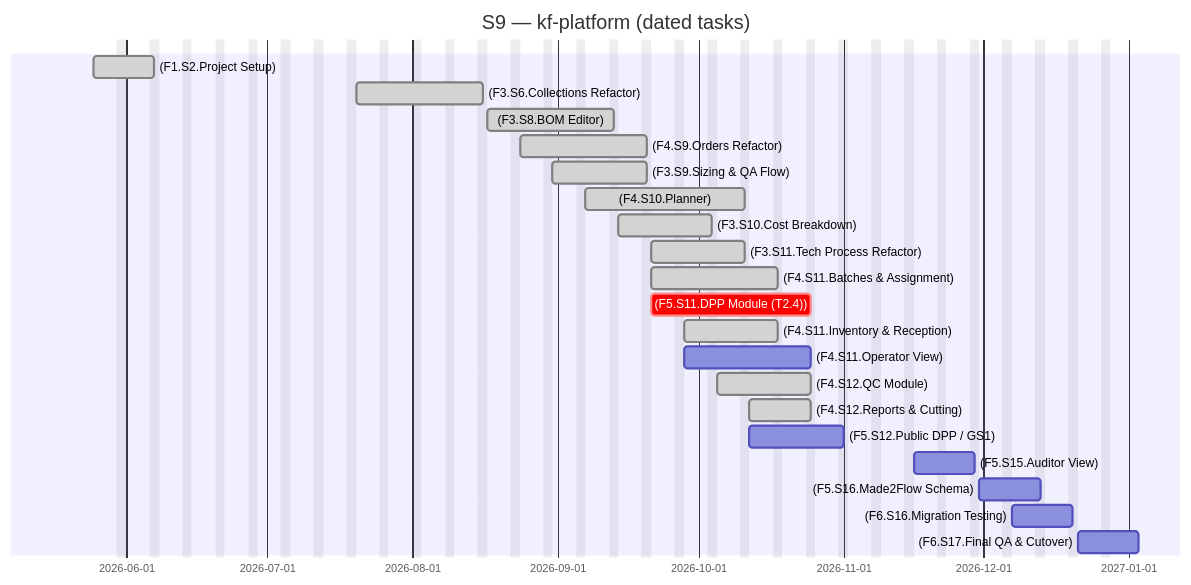
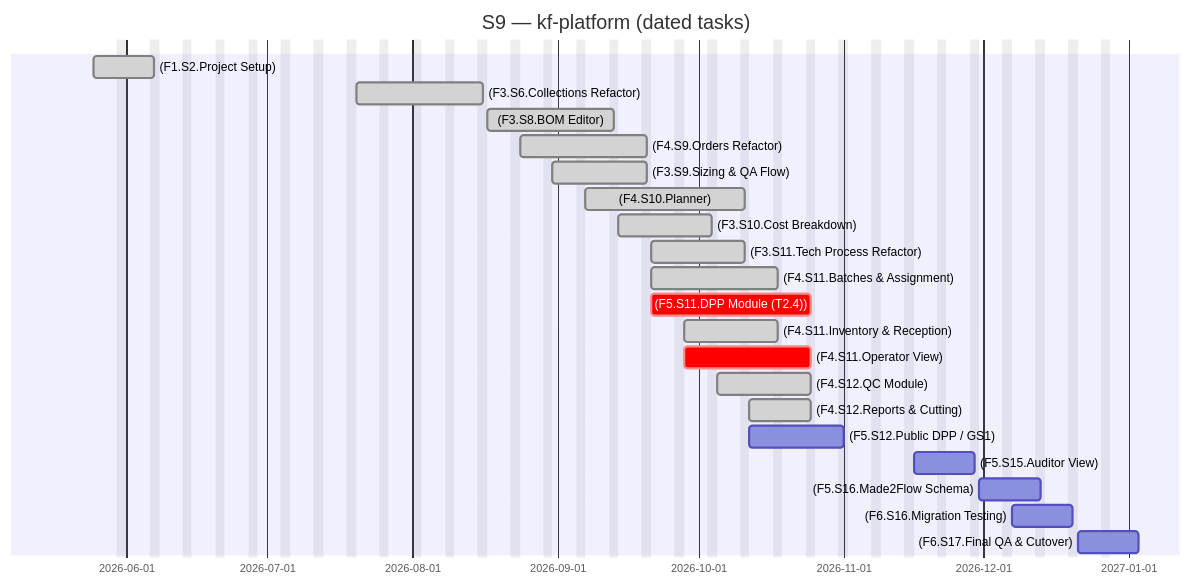
Before and after one commit to Katty-Fashion/kf-cpto: the second of 2 diagrams in docs/_projects/kf-platform.md, drawn with Mermaid. The commit also changed other lines of this file and 16 other files, not shown here.

````diff
--- a/docs/_projects/kf-platform.md
+++ b/docs/_projects/kf-platform.md
@@ -97,26 +97,26 @@
 ```mermaid
 gantt
     title S9 — kf-platform (dated tasks)
     dateFormat YYYY-MM-DD
     excludes weekends
 
     (F1.S2.Project Setup) :done, 2026-05-25, 2026-06-07
     (F3.S6.Collections Refactor) :done, 2026-07-20, 2026-08-16
     (F3.S8.BOM Editor) :done, 2026-08-17, 2026-09-13
     (F4.S9.Orders Refactor) :done, 2026-08-24, 2026-09-20
     (F3.S9.Sizing & QA Flow) :done, 2026-08-31, 2026-09-20
     (F4.S10.Planner) :done, 2026-09-07, 2026-10-11
     (F3.S10.Cost Breakdown) :done, 2026-09-14, 2026-10-04
     (F3.S11.Tech Process Refactor) :done, 2026-09-21, 2026-10-11
     (F4.S11.Batches & Assignment) :done, 2026-09-21, 2026-10-18
     (F5.S11.DPP Module (T2.4)) :crit, 2026-09-21, 2026-10-25
     (F4.S11.Inventory & Reception) :done, 2026-09-28, 2026-10-18
-    (F4.S11.Operator View) :2026-09-28, 2026-10-25
+    (F4.S11.Operator View) :crit, 2026-09-28, 2026-10-25
     (F4.S12.QC Module) :done, 2026-10-05, 2026-10-25
     (F4.S12.Reports & Cutting) :done, 2026-10-12, 2026-10-25
     (F5.S12.Public DPP / GS1) :2026-10-12, 2026-11-01
     (F5.S15.Auditor View) :2026-11-16, 2026-11-29
     (F5.S16.Made2Flow Schema) :2026-11-30, 2026-12-13
     (F6.S16.Migration Testing) :2026-12-07, 2026-12-20
     (F6.S17.Final QA & Cutover) :2026-12-21, 2027-01-03
 ```
````
